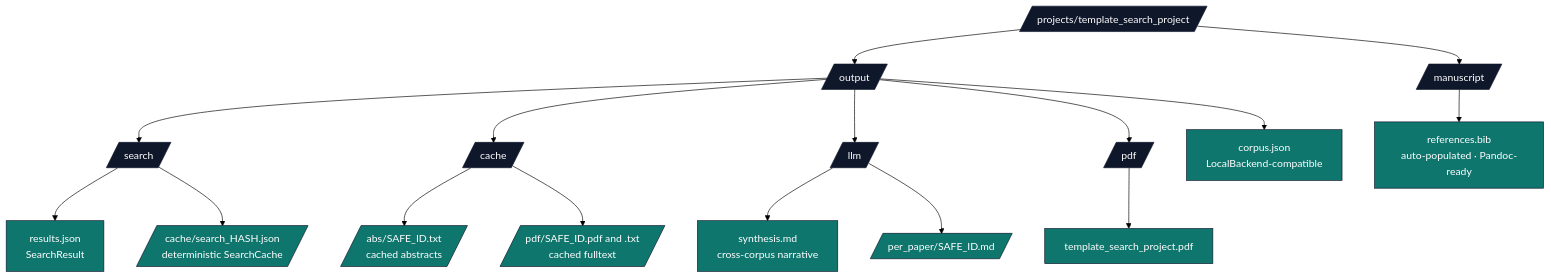
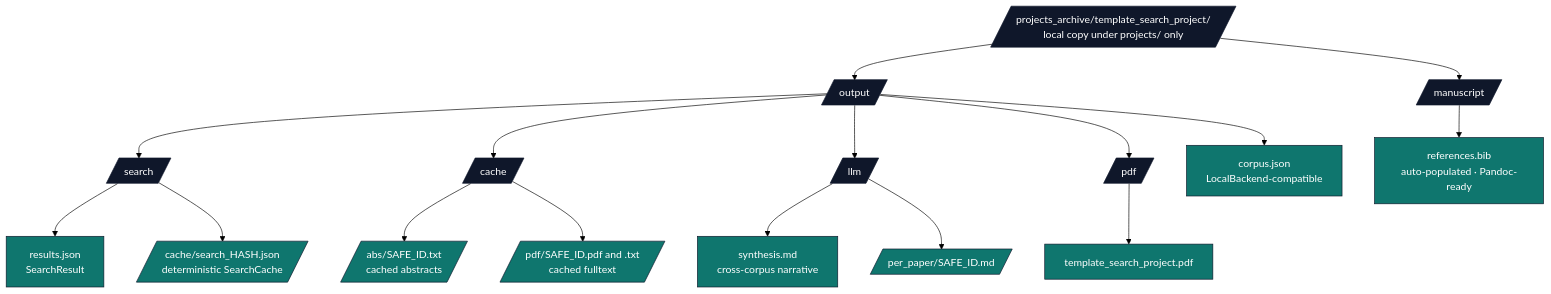
One commit to docxology/template changed the second of 2 diagrams in docs/core/literature-data-flow.md. Above: the diagram before and after it, drawn with Mermaid (forest theme). The commit also changed 488 other files, not shown here.

````diff
--- a/docs/core/literature-data-flow.md
+++ b/docs/core/literature-data-flow.md
@@ -53,30 +53,30 @@
 ```mermaid
 flowchart TB
-    PROJ[/projects/template_search_project/]
+    PROJ[/projects_archive/template_search_project/<br/>local copy under projects/ only/]
     PROJ --> OUTPUT[/output/]
     PROJ --> MANUSCRIPT[/manuscript/]
 
     OUTPUT --> SEARCH[/search/]
     OUTPUT --> CACHE[/cache/]
     OUTPUT --> LLM_DIR[/llm/]
     OUTPUT --> PDF_DIR[/pdf/]
     OUTPUT --> CORPUS_F[corpus.json<br/>LocalBackend-compatible]
 
     SEARCH --> RES_F[results.json<br/>SearchResult]
     SEARCH --> SC[/cache/search_HASH.json<br/>deterministic SearchCache/]
 
     CACHE --> ABS_DIR[/abs/SAFE_ID.txt<br/>cached abstracts/]
     CACHE --> PDF_CACHE[/pdf/SAFE_ID.pdf and .txt<br/>cached fulltext/]
 
     LLM_DIR --> SYNTH[synthesis.md<br/>cross-corpus narrative]
     LLM_DIR --> PER_PAPER[/per_paper/SAFE_ID.md/]
 
     PDF_DIR --> FINAL[template_search_project.pdf]
 
     MANUSCRIPT --> BIBF[references.bib<br/>auto-populated · Pandoc-ready]
 
     classDef dir fill:#0f172a,stroke:#0f172a,color:#fff
     classDef file fill:#0f766e,stroke:#0f172a,color:#fff
     class PROJ,OUTPUT,MANUSCRIPT,SEARCH,CACHE,LLM_DIR,PDF_DIR dir
     class CORPUS_F,RES_F,SC,ABS_DIR,PDF_CACHE,SYNTH,PER_PAPER,FINAL,BIBF file
 ```
````
